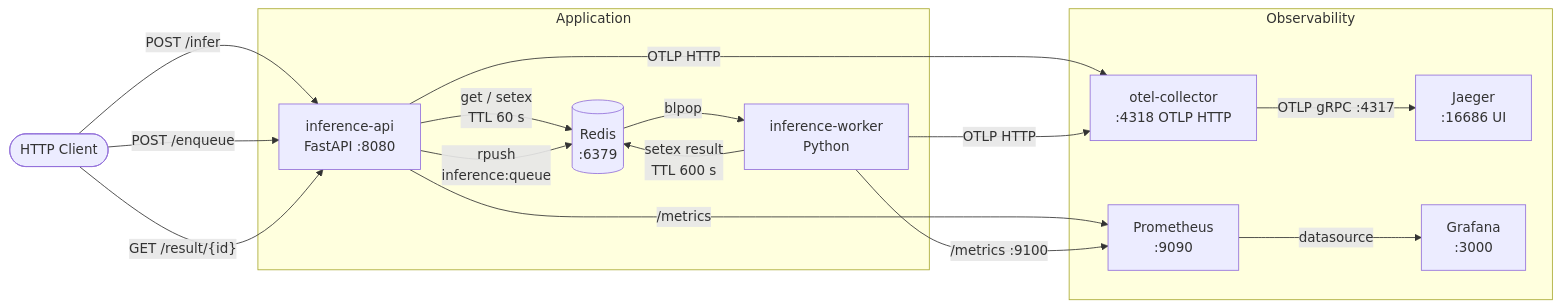
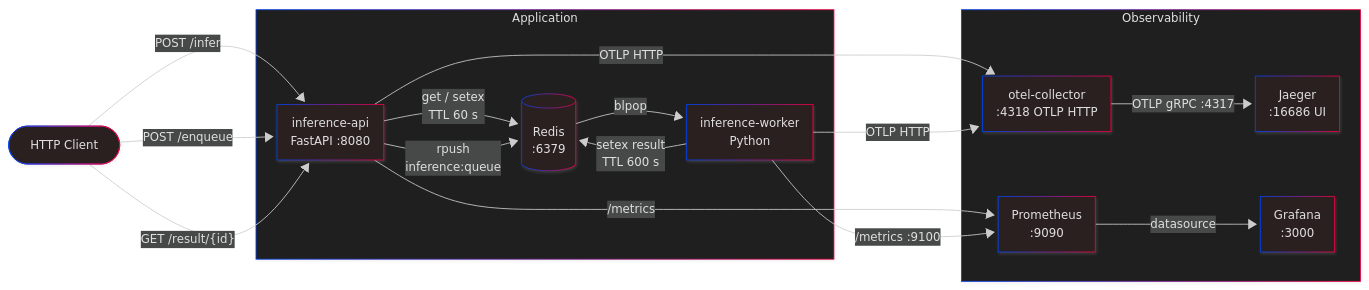
The diagram in README.md (paxsolutions/online-inference-platform-demo), drawn with Mermaid before and after one commit. The commit also changed other lines of this file and 10 other files, not shown here.

````diff
--- a/README.md
+++ b/README.md
@@ -9,34 +9,43 @@
 ```mermaid
+---
+config:
+  theme: neo-dark
+  look: neo
+  fontFamily: '''Recursive Variable'', sans-serif'
+  themeVariables:
+    fontFamily: '''Recursive Variable'', sans-serif'
+---
+
 flowchart LR
     Client(["HTTP Client"])
 
     subgraph app ["Application"]
         API["inference-api\nFastAPI :8080"]
         Worker["inference-worker\nPython"]
         Redis[("Redis\n:6379")]
     end
 
     subgraph obs ["Observability"]
         OTel["otel-collector\n:4318 OTLP HTTP"]
         Jaeger["Jaeger\n:16686 UI"]
         Prom["Prometheus\n:9090"]
         Grafana["Grafana\n:3000"]
     end
 
     Client -->|"POST /infer"| API
     Client -->|"POST /enqueue"| API
     Client -->|"GET /result/{id}"| API
 
     API -->|"get / setex\nTTL 60 s"| Redis
     API -->|"rpush\ninference:queue"| Redis
     Redis -->|"blpop"| Worker
     Worker -->|"setex result\nTTL 600 s"| Redis
 
     API -->|"OTLP HTTP"| OTel
     Worker -->|"OTLP HTTP"| OTel
     OTel -->|"OTLP gRPC :4317"| Jaeger
 
     API -->|"/metrics"| Prom
     Worker -->|"/metrics :9100"| Prom
     Prom -->|"datasource"| Grafana
 ```
````
